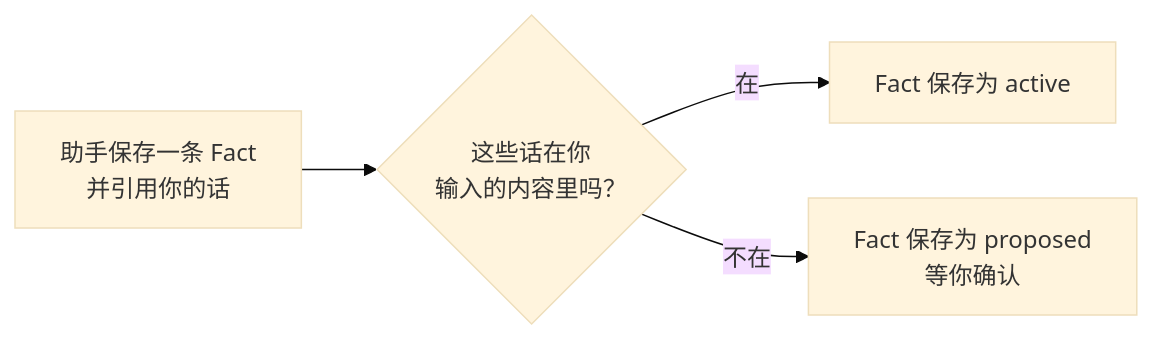
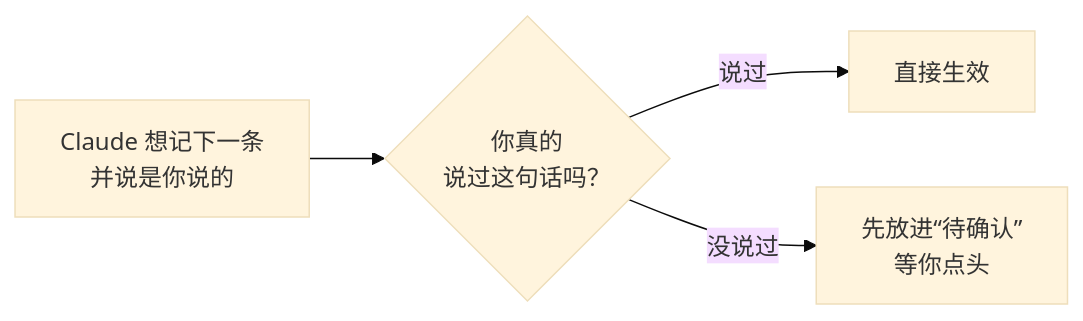
Before and after one commit to jesselei1102-hue/agentroot-claude-mod: the diagram in README.zh-CN.md, drawn with Mermaid (base theme). The commit also changed other lines of this file and 1 other file, not shown here.

````diff
--- a/README.zh-CN.md
+++ b/README.zh-CN.md
@@ -88,6 +77,6 @@
 ```mermaid
 flowchart LR
-    A["助手保存一条 Fact<br/>并引用你的话"] --> B{"这些话在你<br/>输入的内容里吗？"}
-    B -- 在 --> C["Fact 保存为 active"]
-    B -- 不在 --> D["Fact 保存为 proposed<br/>等你确认"]
+    A["Claude 想记下一条<br/>并说是你说的"] --> B{"你真的<br/>说过这句话吗？"}
+    B -- 说过 --> C["直接生效"]
+    B -- 没说过 --> D["先放进“待确认”<br/>等你点头"]
 ```
````
